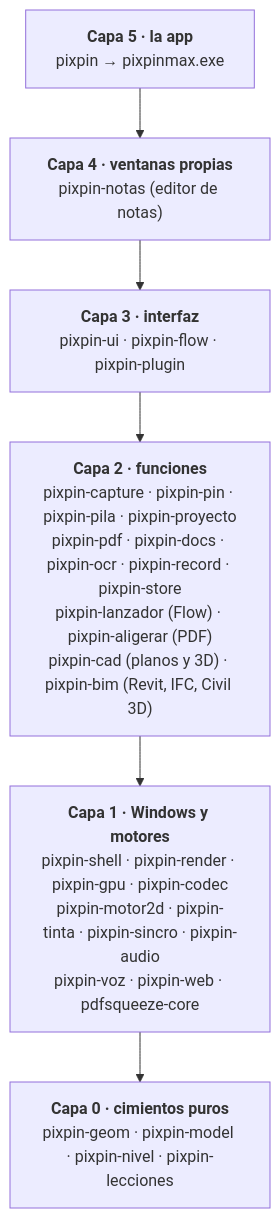
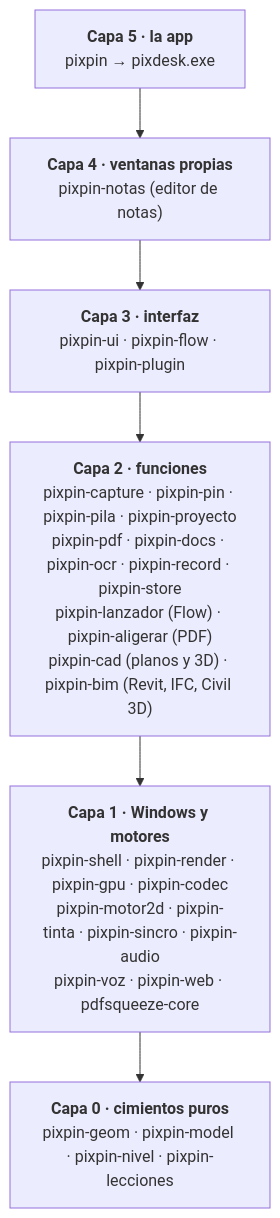
One commit to 1xmanMAX/PIXPIN_PRO_WINDOWS changed the fourth of 4 diagrams in README.md. Above: the diagram before and after it, drawn with Mermaid. The commit also changed other lines of this file and 11 other files, not shown here.

First line of the commit message:
README y guias: PixDesk, pixdesk.exe y Programs\PixDesk

````diff
--- a/README.md
+++ b/README.md
@@ -693,10 +697,10 @@
 ```mermaid
 flowchart TB
-    L5["<b>Capa 5 · la app</b><br/>pixpin → pixpinmax.exe"]
+    L5["<b>Capa 5 · la app</b><br/>pixpin → pixdesk.exe"]
     L4["<b>Capa 4 · ventanas propias</b><br/>pixpin-notas (editor de notas)"]
     L3["<b>Capa 3 · interfaz</b><br/>pixpin-ui · pixpin-flow · pixpin-plugin"]
     L2["<b>Capa 2 · funciones</b><br/>pixpin-capture · pixpin-pin · pixpin-pila · pixpin-proyecto<br/>pixpin-pdf · pixpin-docs · pixpin-ocr · pixpin-record · pixpin-store<br/>pixpin-lanzador (Flow) · pixpin-aligerar (PDF)<br/>pixpin-cad (planos y 3D) · pixpin-bim (Revit, IFC, Civil 3D)"]
     L1["<b>Capa 1 · Windows y motores</b><br/>pixpin-shell · pixpin-render · pixpin-gpu · pixpin-codec<br/>pixpin-motor2d · pixpin-tinta · pixpin-sincro · pixpin-audio<br/>pixpin-voz · pixpin-web · pdfsqueeze-core"]
     L0["<b>Capa 0 · cimientos puros</b><br/>pixpin-geom · pixpin-model · pixpin-nivel · pixpin-lecciones"]
     L5 --> L4 --> L3 --> L2 --> L1 --> L0
 ```
````
